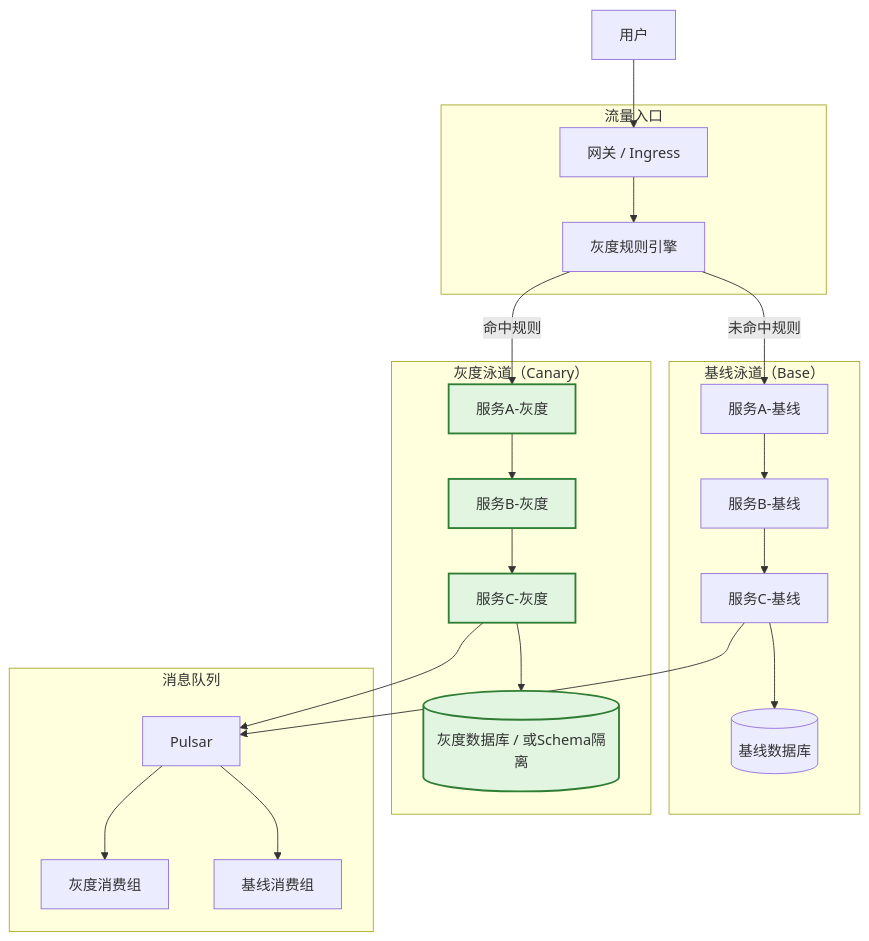
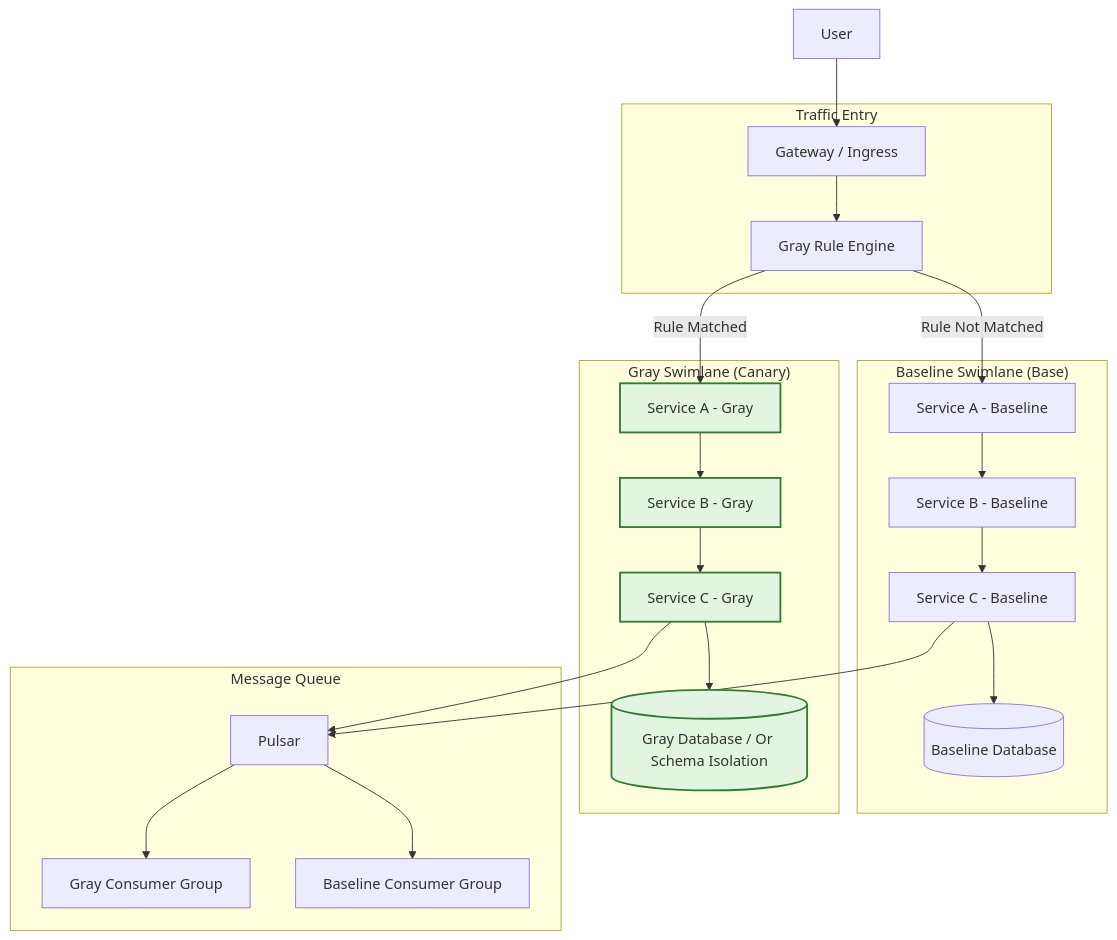
Before and after one commit to Kirky-X/cangjie: the fifth of 9 diagrams in templates/产品/交付层/【模板】灰度方案.md, drawn with Mermaid. The commit also changed other lines of this file and 46 other files, not shown here.

````diff
--- a/templates/产品/交付层/【模板】灰度方案.md
+++ b/templates/产品/交付层/【模板】灰度方案.md
@@ -228,43 +228,43 @@
 ```mermaid
 graph TB
-    subgraph "流量入口"
-        GW["网关 / Ingress"]
-        RULE["灰度规则引擎"]
+    subgraph "Traffic Entry"
+        GW["Gateway / Ingress"]
+        RULE["Gray Rule Engine"]
     end
 
-    subgraph "基线泳道（Base）"
-        B1["服务A-基线"]
-        B2["服务B-基线"]
-        B3["服务C-基线"]
-        B_DB[("基线数据库")]
+    subgraph "Baseline Swimlane (Base)"
+        B1["Service A - Baseline"]
+        B2["Service B - Baseline"]
+        B3["Service C - Baseline"]
+        B_DB[("Baseline Database")]
     end
 
-    subgraph "灰度泳道（Canary）"
-        C1["服务A-灰度"]
-        C2["服务B-灰度"]
-        C3["服务C-灰度"]
-        C_DB[("灰度数据库 / 或Schema隔离")]
+    subgraph "Gray Swimlane (Canary)"
+        C1["Service A - Gray"]
+        C2["Service B - Gray"]
+        C3["Service C - Gray"]
+        C_DB[("Gray Database / Or Schema Isolation")]
     end
 
-    subgraph "消息队列"
+    subgraph "Message Queue"
         MQ["Pulsar"]
-        MQ_GRAY["灰度消费组"]
-        MQ_BASE["基线消费组"]
+        MQ_GRAY["Gray Consumer Group"]
+        MQ_BASE["Baseline Consumer Group"]
     end
 
-    U[用户] --> GW
+    U[User] --> GW
     GW --> RULE
-    RULE -->|未命中规则| B1
-    RULE -->|命中规则| C1
+    RULE -->|Rule Not Matched| B1
+    RULE -->|Rule Matched| C1
 
     B1 --> B2 --> B3 --> B_DB
     C1 --> C2 --> C3 --> C_DB
 
     B3 --> MQ --> MQ_BASE
     C3 --> MQ --> MQ_GRAY
 
     style C1 fill:#e1f5e1,stroke:#2e7d32,stroke-width:2px
     style C2 fill:#e1f5e1,stroke:#2e7d32,stroke-width:2px
     style C3 fill:#e1f5e1,stroke:#2e7d32,stroke-width:2px
     style C_DB fill:#e1f5e1,stroke:#2e7d32,stroke-width:2px
 ```
````
